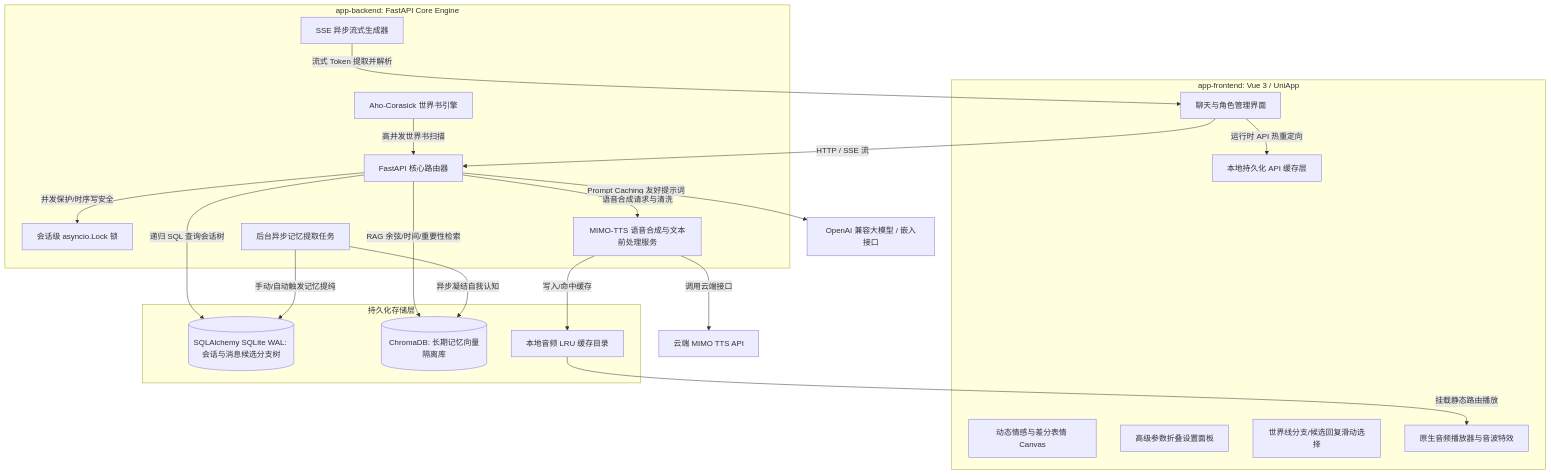
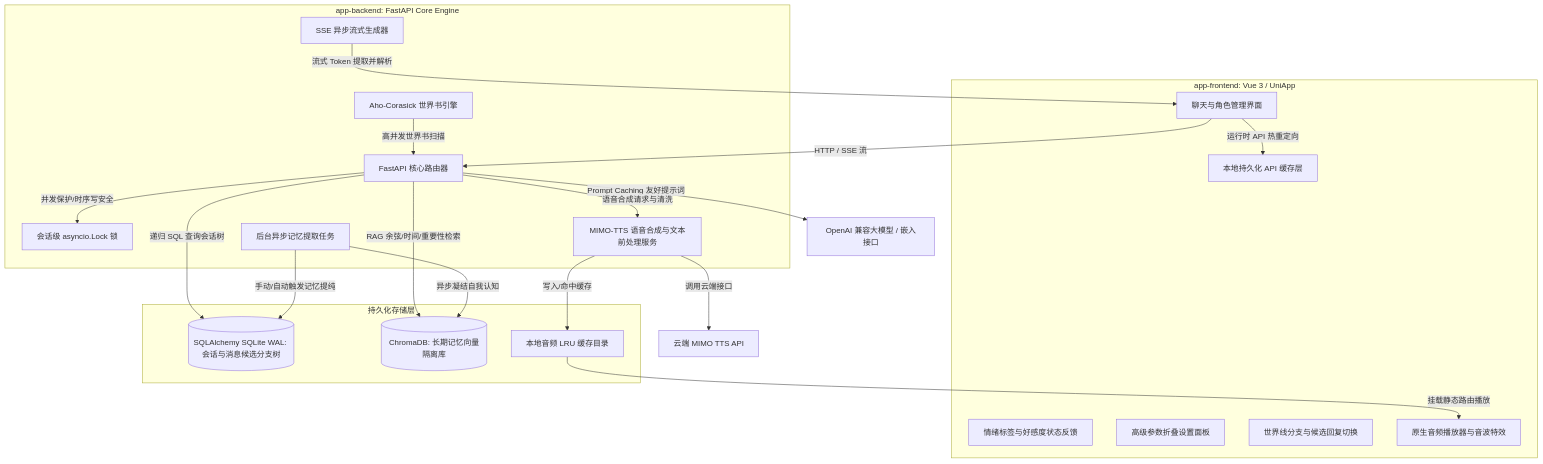
The diagram in README.md (Elma-Eimy/Elma-Roleplay), drawn with Mermaid before and after one commit. The commit also changed other lines of this file, not shown here.

````diff
--- a/README.md
+++ b/README.md
@@ -29,49 +82,49 @@
 ```mermaid
 graph TD
     %% Frontend Group
     subgraph Frontend [app-frontend: Vue 3 / UniApp]
         UI[聊天与角色管理界面]
-        EC[动态情感与差分表情 Canvas]
+        EC[情绪标签与好感度状态反馈]
         SS[高级参数折叠设置面板]
         LS[本地持久化 API 缓存层]
-        MC[世界线分支/候选回复滑动选择]
+        MC[世界线分支与候选回复切换]
         AP[原生音频播放器与音波特效]
     end
 
     %% Backend Group
     subgraph Backend [app-backend: FastAPI Core Engine]
         API[FastAPI 核心路由器]
         LOCK[会话级 asyncio.Lock 锁]
         SSE[SSE 异步流式生成器]
         LRE[Aho-Corasick 世界书引擎]
         BG[后台异步记忆提取任务]
         TTS[MIMO-TTS 语音合成与文本前处理服务]
     end
 
     %% Storage Group
     subgraph Storage [持久化存储层]
         DB[(SQLAlchemy SQLite WAL: 会话与消息候选分支树)]
         VDB[(ChromaDB: 长期记忆向量隔离库)]
         CACHE[本地音频 LRU 缓存目录]
     end
 
     %% External Services
     LLM[OpenAI 兼容大模型 / 嵌入接口]
     MIMO[云端 MIMO TTS API]
 
     %% Relationships
     UI -->|HTTP / SSE 流| API
     UI -->|运行时 API 热重定向| LS
     API -->|并发保护/时序写安全| LOCK
     API -->|递归 SQL 查询会话树| DB
     API -->|RAG 余弦/时间/重要性检索| VDB
     API -->|Prompt Caching 友好提示词| LLM
     SSE -->|流式 Token 提取并解析| UI
     BG -->|手动/自动触发记忆提纯| DB
     BG -->|异步凝结自我认知| VDB
     LRE -->|高并发世界书扫描| API
     API -->|语音合成请求与清洗| TTS
     TTS -->|调用云端接口| MIMO
     TTS -->|写入/命中缓存| CACHE
     CACHE -->|挂载静态路由播放| AP
 ```
````
